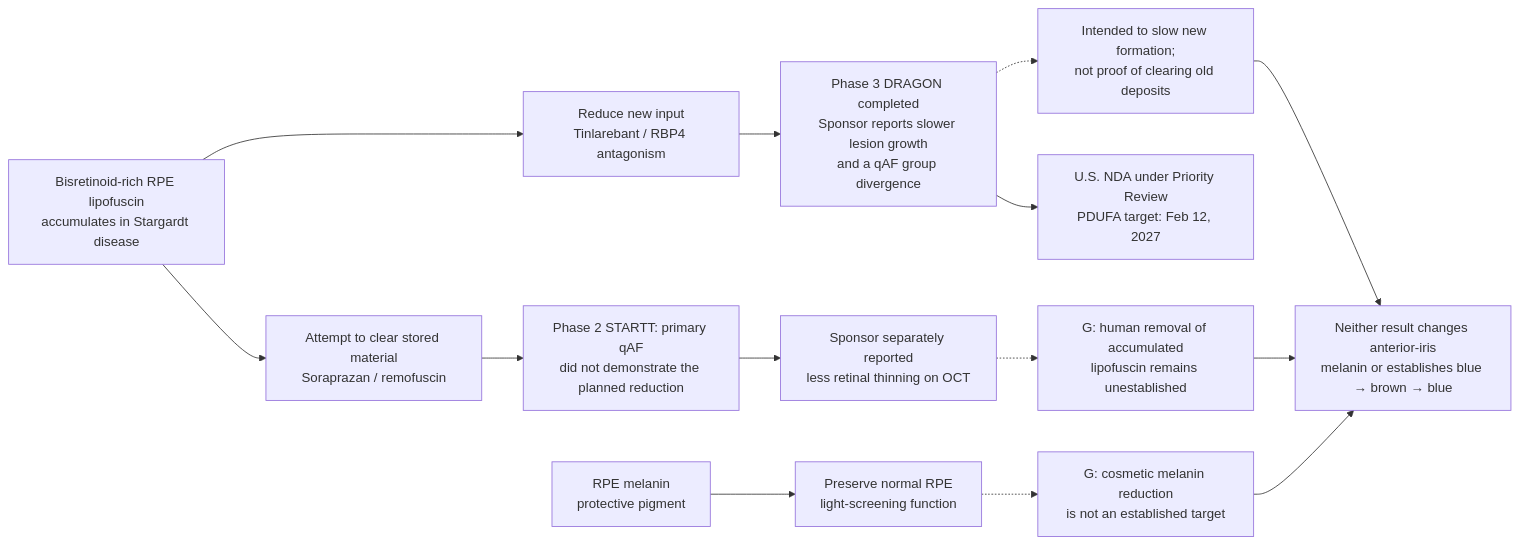
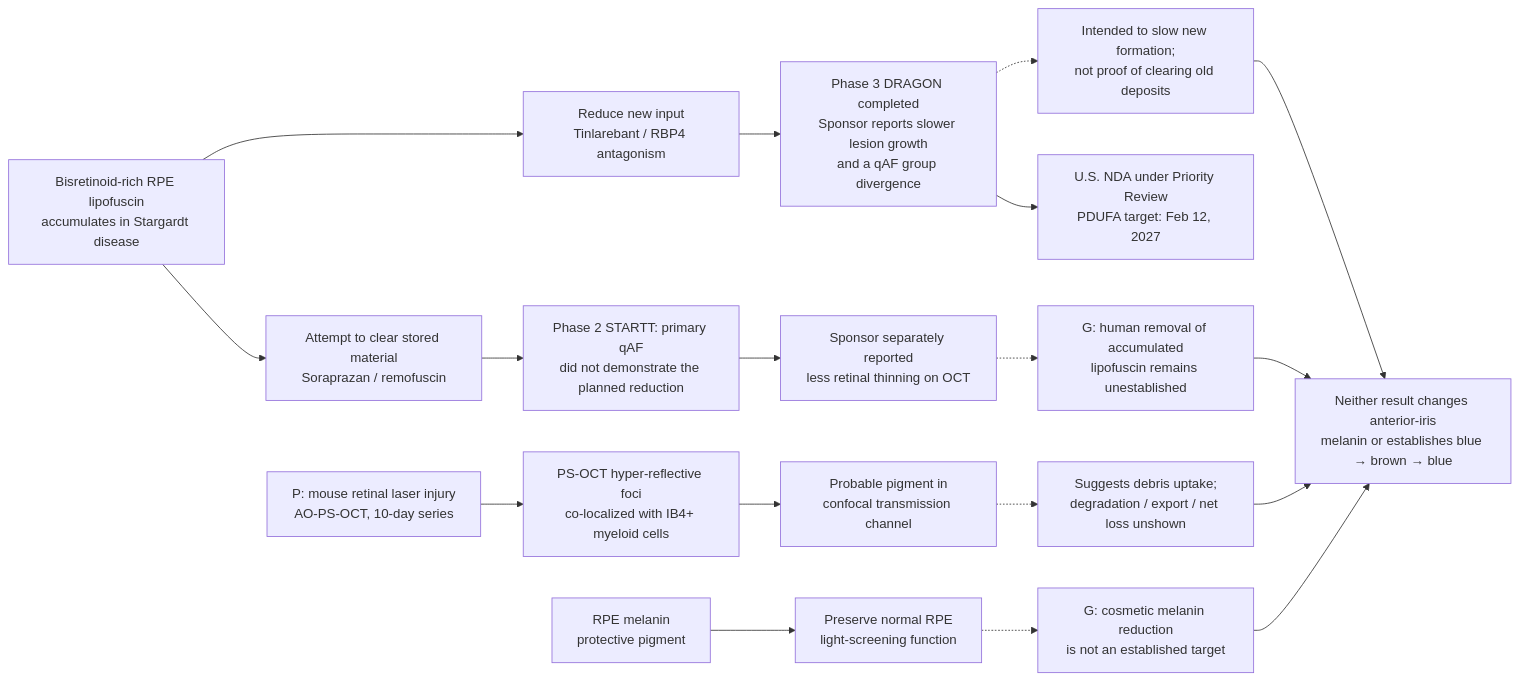
Before and after one commit to dylanstechmann/iris-color-without-contacts: diagram 14 of 40 in research/tissue-pigment-atlas.md, drawn with Mermaid. The commit also changed other lines of this file, not shown here.

Commit message:
Add histology-correlated retinal imaging evidence

````diff
--- a/research/tissue-pigment-atlas.md
+++ b/research/tissue-pigment-atlas.md
@@ -465,17 +465,21 @@
 ```mermaid
 flowchart LR
     M["RPE melanin<br/>protective pigment"] --> MP["Preserve normal RPE<br/>light-screening function"]
     MP -.-> MG["G: cosmetic melanin reduction<br/>is not an established target"]
     L["Bisretinoid-rich RPE lipofuscin<br/>accumulates in Stargardt disease"]
     L --> P["Reduce new input<br/>Tinlarebant / RBP4 antagonism"]
     P --> PR["Phase 3 DRAGON completed<br/>Sponsor reports slower lesion growth<br/>and a qAF group divergence"]
     PR --> PP["U.S. NDA under Priority Review<br/>PDUFA target: Feb 12, 2027"]
     PR -.-> PI["Intended to slow new formation;<br/>not proof of clearing old deposits"]
     L --> C["Attempt to clear stored material<br/>Soraprazan / remofuscin"]
     C --> CR["Phase 2 STARTT: primary qAF<br/>did not demonstrate the planned reduction"]
     CR --> CR2["Sponsor separately reported<br/>less retinal thinning on OCT"]
     CR2 -.-> CG["G: human removal of accumulated<br/>lipofuscin remains unestablished"]
     PI --> E["Neither result changes anterior-iris<br/>melanin or establishes blue → brown → blue"]
     CG --> E
+    I["P: mouse retinal laser injury<br/>AO-PS-OCT, 10-day series"] --> HRF["PS-OCT hyper-reflective foci<br/>co-localized with IB4+ myeloid cells"]
+    HRF --> PM["Probable pigment in<br/>confocal transmission channel"]
+    PM -.-> IF["Suggests debris uptake;<br/>degradation / export / net loss unshown"]
+    IF --> E
     MG --> E
 ```
````
